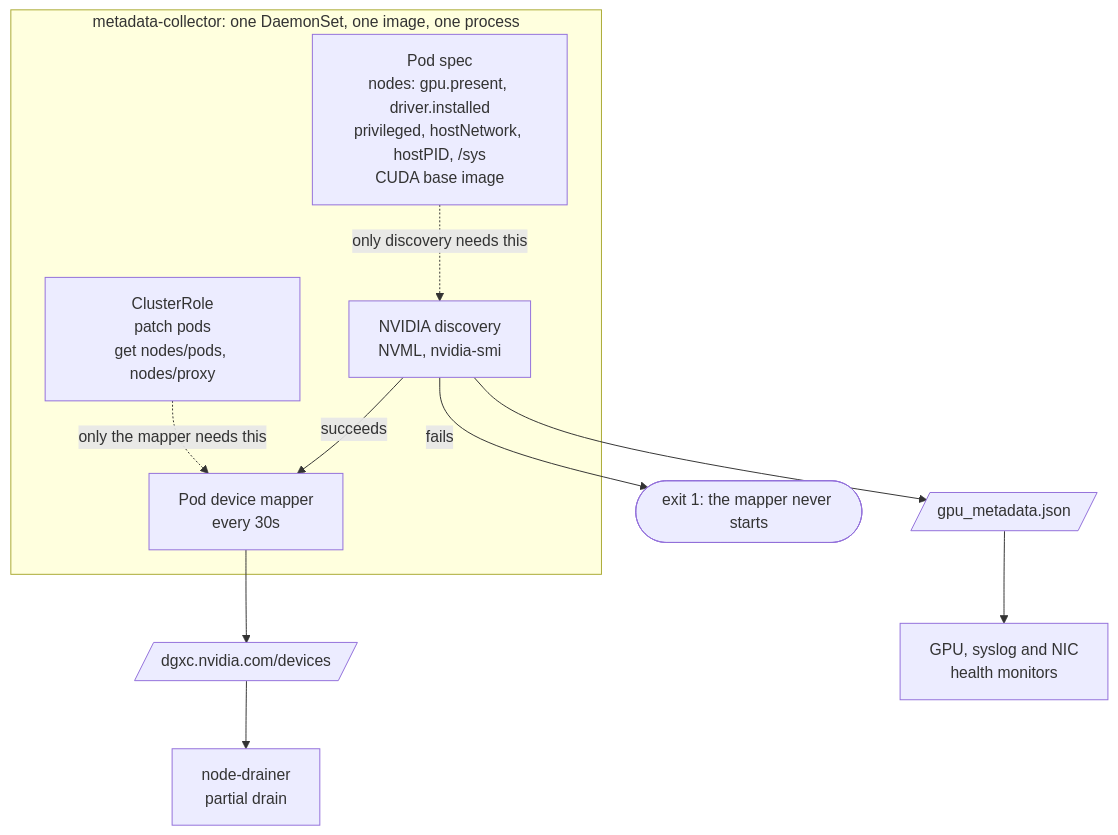
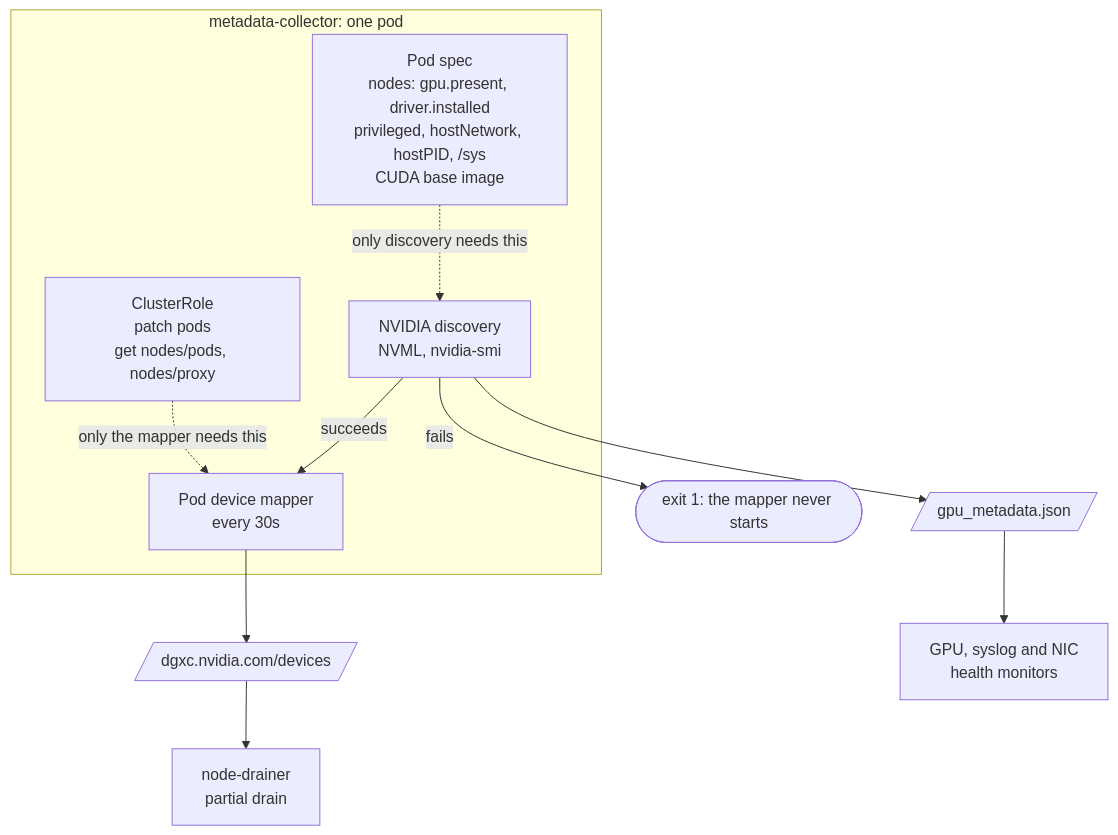
Before and after one commit to NVIDIA/NVSentinel: the diagram in docs/designs/072-pod-device-mapper-daemonset.md, drawn with Mermaid. The commit also changed other lines of this file, not shown here.

Commit message:
docs(designs): rename the discovery DaemonSet and trim the alternatives in ADR-072

````diff
--- a/docs/designs/072-pod-device-mapper-daemonset.md
+++ b/docs/designs/072-pod-device-mapper-daemonset.md
@@ -37,15 +35,15 @@
 ```mermaid
 flowchart TB
-    subgraph pod["metadata-collector: one DaemonSet, one image, one process"]
+    subgraph pod["metadata-collector: one pod"]
         spec["Pod spec<br/>nodes: gpu.present, driver.installed<br/>privileged, hostNetwork, hostPID, /sys<br/>CUDA base image"]
         rbac["ClusterRole<br/>patch pods<br/>get nodes/pods, nodes/proxy"]
         disc["NVIDIA discovery<br/>NVML, nvidia-smi"]
         map["Pod device mapper<br/>every 30s"]
         spec -. only discovery needs this .-> disc
         rbac -. only the mapper needs this .-> map
         disc -- succeeds --> map
     end
     disc -- fails --> exit(["exit 1: the mapper never starts"])
     disc --> json[/"gpu_metadata.json"/] --> mons["GPU, syslog and NIC<br/>health monitors"]
     map --> ann[/"dgxc.nvidia.com/devices"/] --> drainer["node-drainer<br/>partial drain"]
 ```
````
